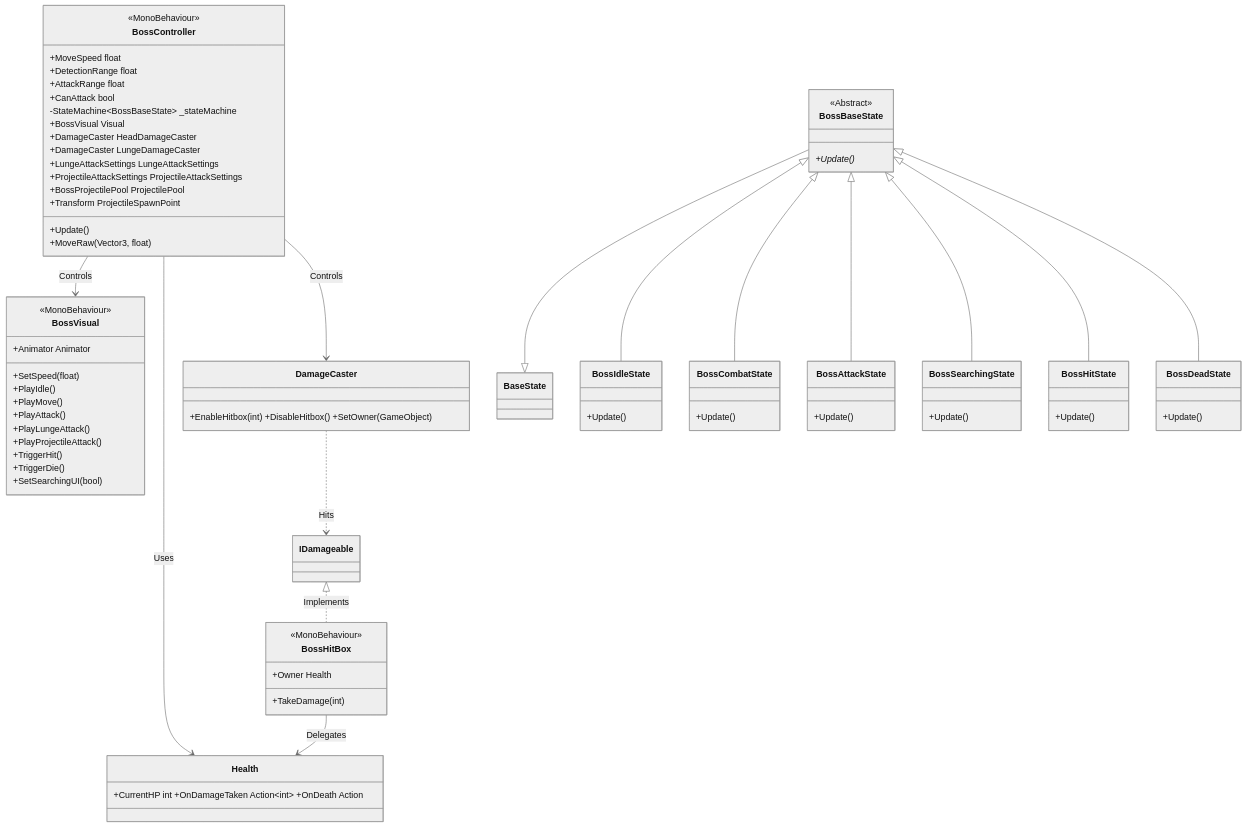
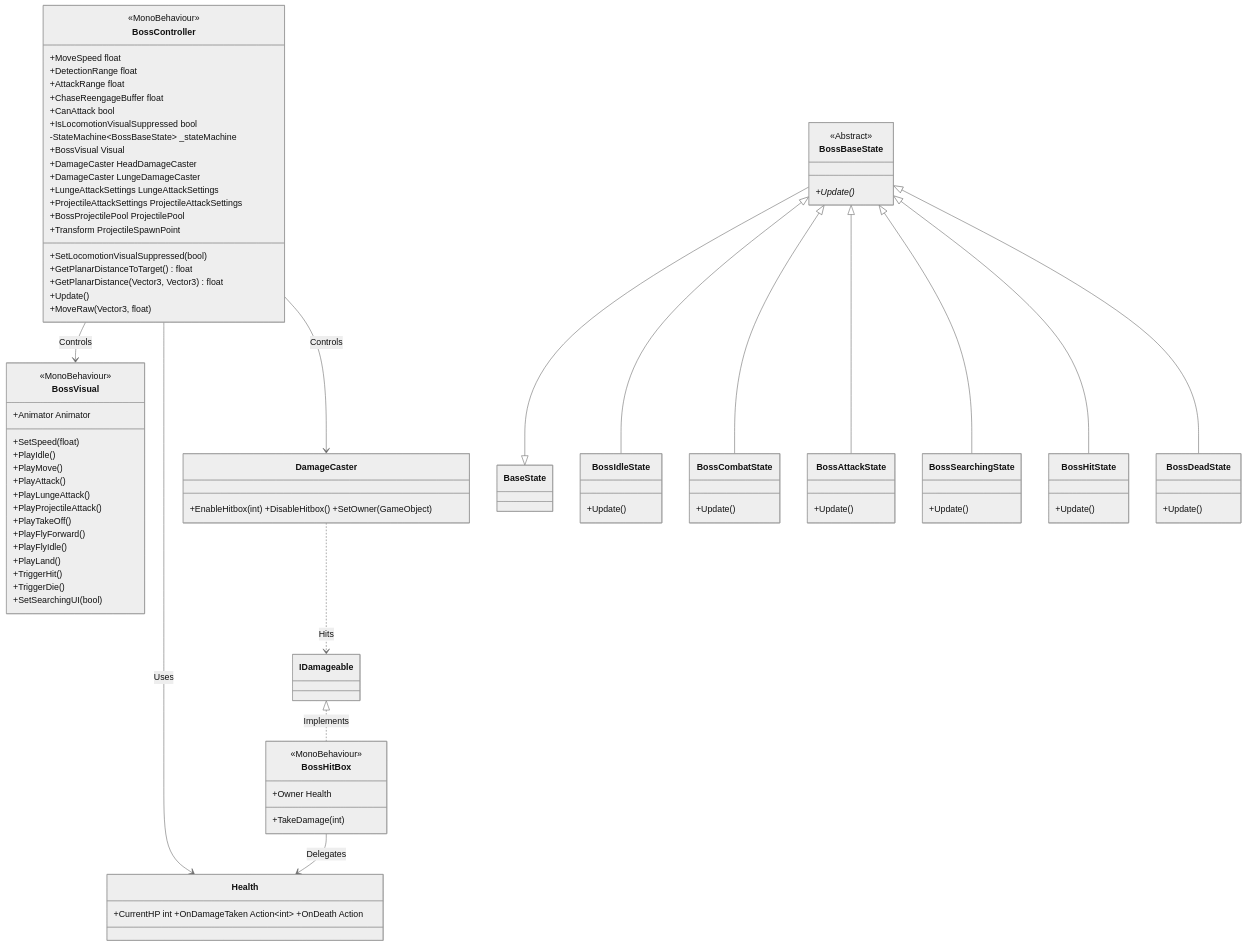
One commit to BallTank/BossRaidPortfolio changed the second of 3 diagrams in docs/technical/System_Blueprint.md. Above: the diagram before and after it, drawn with Mermaid (neutral theme). The commit also changed other lines of this file and 9 other files, not shown here.

```diff
--- a/docs/technical/System_Blueprint.md
+++ b/docs/technical/System_Blueprint.md
@@ -127,7 +127,9 @@
         +MoveSpeed float
         +DetectionRange float
         +AttackRange float
+        +ChaseReengageBuffer float
         +CanAttack bool
+        +IsLocomotionVisualSuppressed bool
         -StateMachine~BossBaseState~ _stateMachine
         +BossVisual Visual
         +DamageCaster HeadDamageCaster
@@ -136,6 +138,9 @@
         +ProjectileAttackSettings ProjectileAttackSettings
         +BossProjectilePool ProjectilePool
         +Transform ProjectileSpawnPoint
+        +SetLocomotionVisualSuppressed(bool)
+        +GetPlanarDistanceToTarget() float
+        +GetPlanarDistance(Vector3, Vector3) float
         +Update()
         +MoveRaw(Vector3, float)
     }
@@ -154,6 +159,10 @@
         +PlayAttack()
         +PlayLungeAttack()
         +PlayProjectileAttack()
+        +PlayTakeOff()
+        +PlayFlyForward()
+        +PlayFlyIdle()
+        +PlayLand()
         +TriggerHit()
         +TriggerDie()
         +SetSearchingUI(bool)
```
